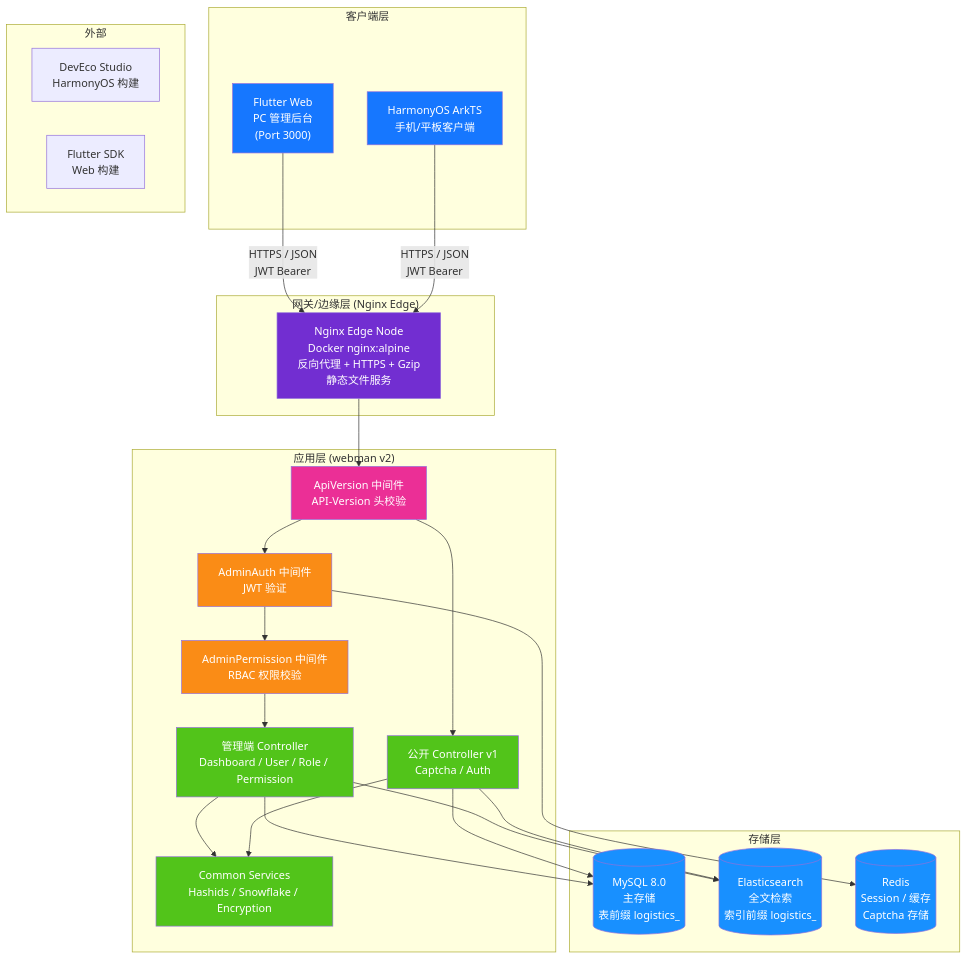
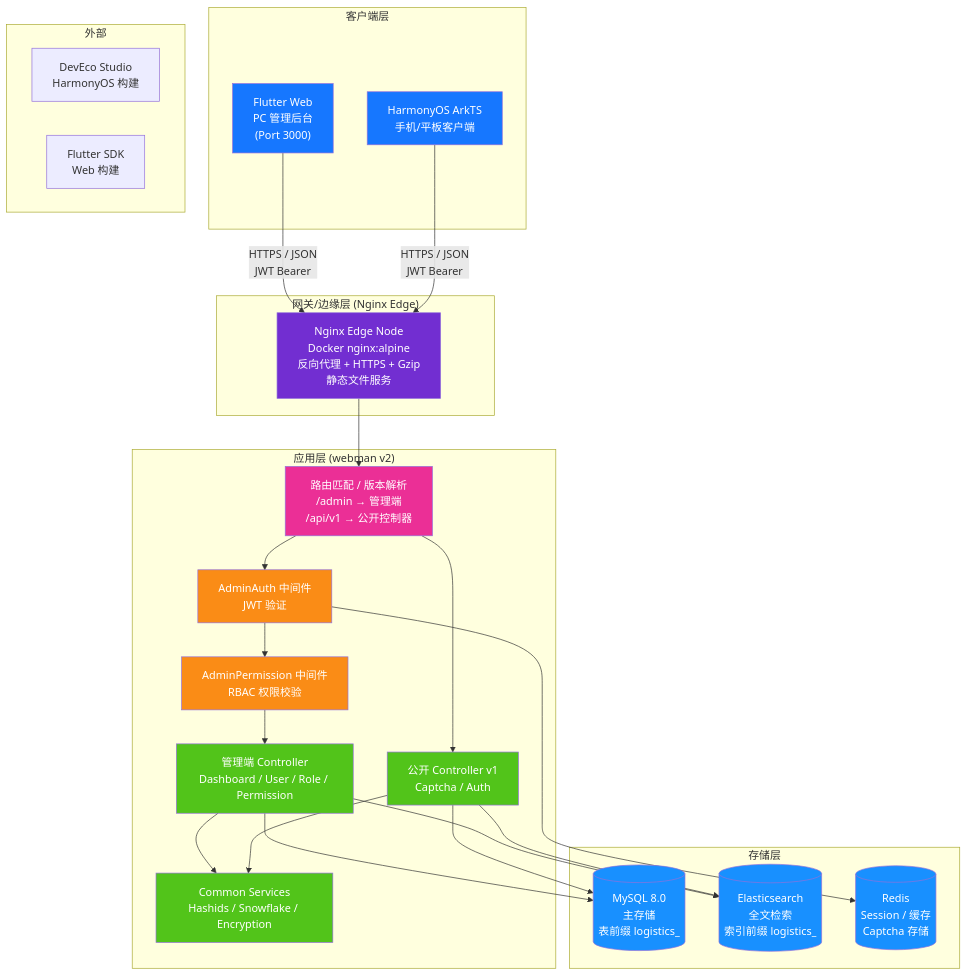
The first of 14 diagrams in admin/docs/ARCHITECTURE.md (erikwang2013/integrated-global-logistics), drawn with Mermaid before and after one commit. The commit also changed other lines of this file and 147 other files, not shown here.

First line of the commit message:
feat(api): API 版本号移入 URL 路径（/api/v1），移除 API-Version 头机制

````diff
--- a/admin/docs/ARCHITECTURE.md
+++ b/admin/docs/ARCHITECTURE.md
@@ -11,59 +11,59 @@
 ```mermaid
 flowchart TB
     subgraph "客户端层"
         A1["Flutter Web<br/>PC 管理后台<br/>(Port 3000)"]
         A2["HarmonyOS ArkTS<br/>手机/平板客户端"]
     end
 
     subgraph "网关/边缘层 (Nginx Edge)"
         B1["Nginx Edge Node<br/>Docker nginx:alpine<br/>反向代理 + HTTPS + Gzip<br/>静态文件服务"]
     end
 
     subgraph "应用层 (webman v2)"
-        C0["ApiVersion 中间件<br/>API-Version 头校验"]
+        C0["路由匹配 / 版本解析<br/>/admin → 管理端<br/>/api/v1 → 公开控制器"]
         C1["AdminAuth 中间件<br/>JWT 验证"]
         C2["AdminPermission 中间件<br/>RBAC 权限校验"]
         C3["管理端 Controller<br/>Dashboard / User / Role / Permission"]
         C4["公开 Controller v1<br/>Captcha / Auth"]
         C5["Common Services<br/>Hashids / Snowflake / Encryption"]
     end
 
     subgraph "存储层"
         D1[("MySQL 8.0<br/>主存储<br/>表前缀 logistics_")]
         D2[("Elasticsearch<br/>全文检索<br/>索引前缀 logistics_")]
         D3[("Redis<br/>Session / 缓存<br/>Captcha 存储")]
     end
 
     subgraph "外部"
         E1["DevEco Studio<br/>HarmonyOS 构建"]
         E2["Flutter SDK<br/>Web 构建"]
     end
 
     A1 -->|"HTTPS / JSON<br/>JWT Bearer"| B1
     A2 -->|"HTTPS / JSON<br/>JWT Bearer"| B1
     B1 --> C0
     C0 --> C1
     C1 --> C2
     C2 --> C3
     C0 --> C4
     C3 --> C5
     C4 --> C5
     C3 --> D1
     C4 --> D1
     C3 --> D2
     C4 --> D2
     C1 --> D3
 
     style A1 fill:#1677FF,color:#fff
     style A2 fill:#1677FF,color:#fff
     style B1 fill:#722ED1,color:#fff
     style C0 fill:#EB2F96,color:#fff
     style C1 fill:#FA8C16,color:#fff
     style C2 fill:#FA8C16,color:#fff
     style C3 fill:#52C41A,color:#fff
     style C4 fill:#52C41A,color:#fff
     style C5 fill:#52C41A,color:#fff
     style D1 fill:#1890FF,color:#fff
     style D2 fill:#1890FF,color:#fff
     style D3 fill:#1890FF,color:#fff
 ```
````
